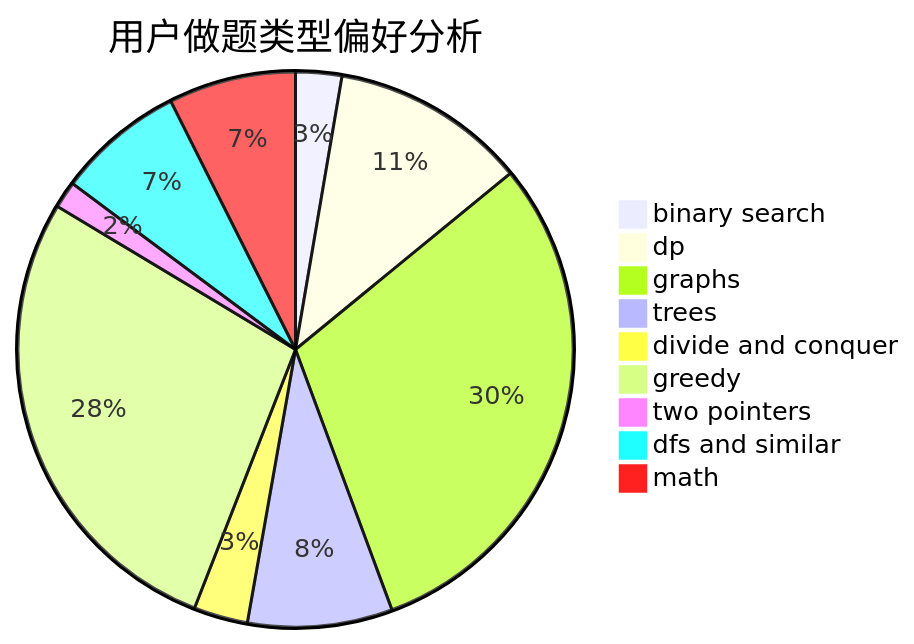
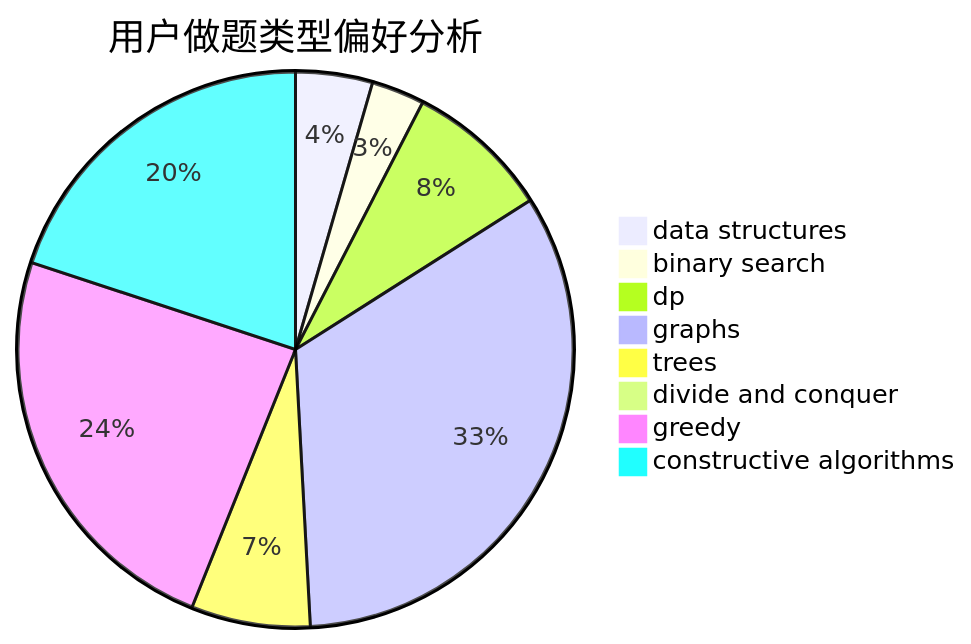
Before and after one commit to sherpahu/cfrs.github.io: the second of 3 diagrams in docs/user/u256.md, drawn with Mermaid. The commit also changed other lines of this file and 2775 other files, not shown here.

````diff
--- a/docs/user/u256.md
+++ b/docs/user/u256.md
@@ -23,12 +23,11 @@
 ```mermaid
 pie title 用户做题类型偏好分析
+    "data structures" :  42
     "binary search" :  29
-    "dp" :  123
-    "graphs" :  327
-    "trees" :  91
-    "divide and conquer" :  34
-    "greedy" :  299
-    "two pointers" :  17
-    "dfs and similar" :  80
-    "math" :  80
+    "dp" :  79
+    "graphs" :  311
+    "trees" :  65
+    "divide and conquer" :  0
+    "greedy" :  225
+    "constructive algorithms" :  187
 ```
````
